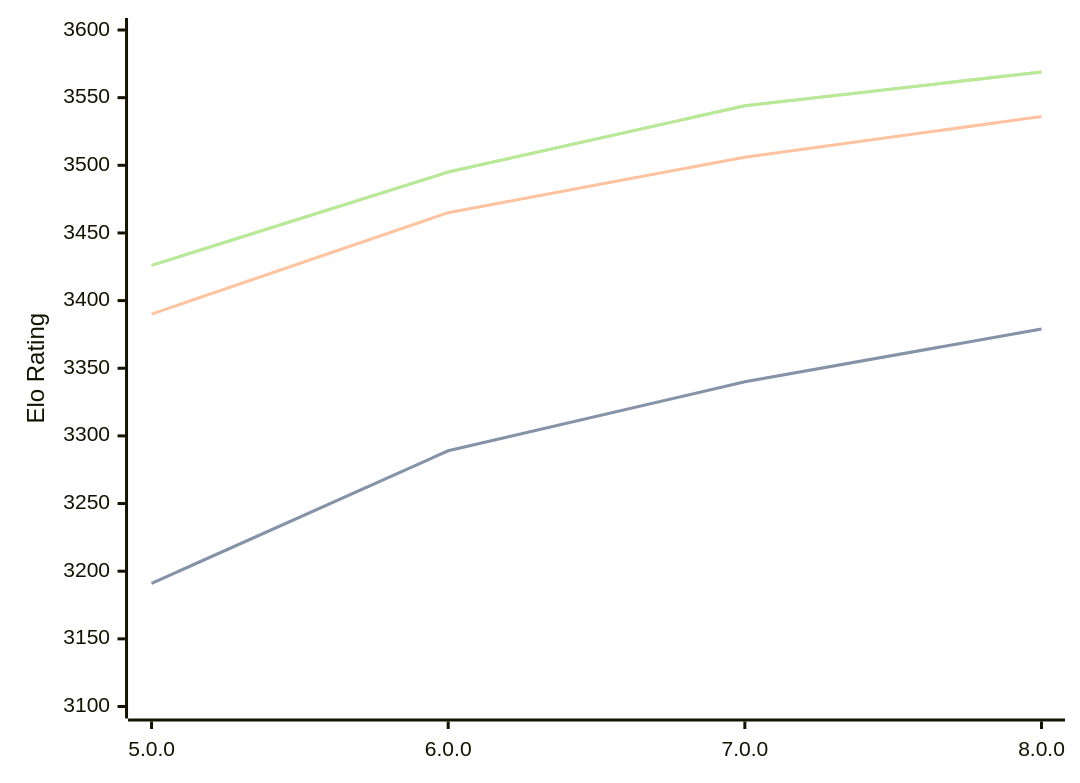
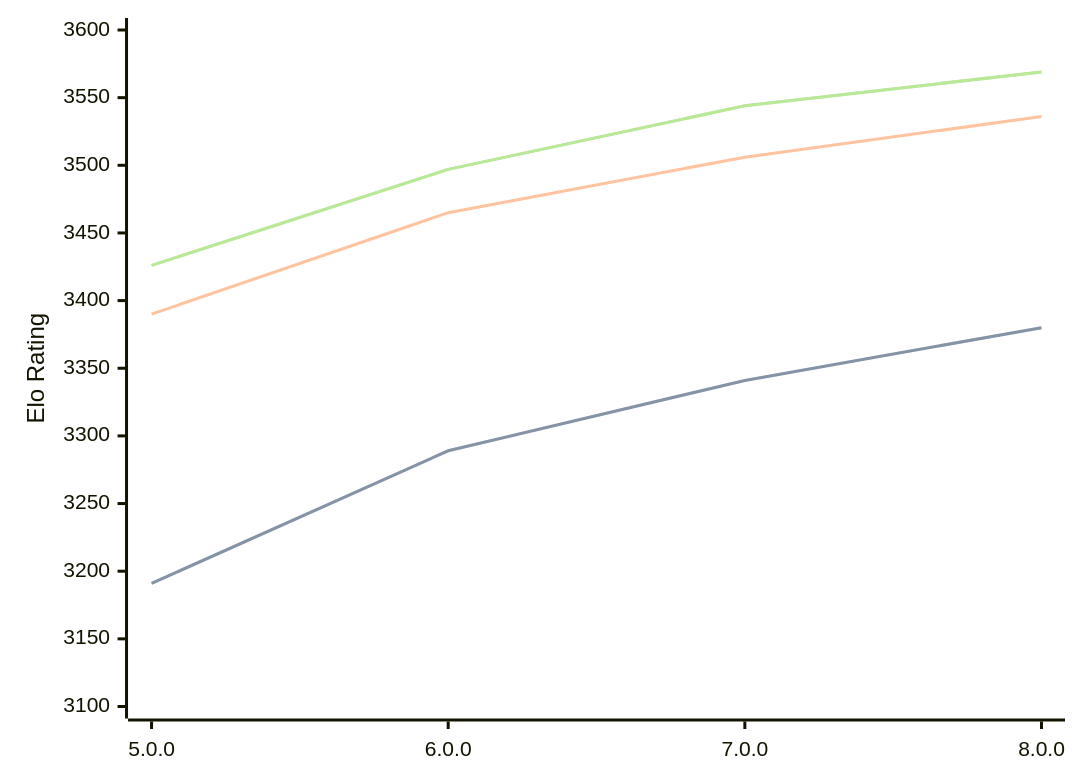
One commit to computer-chess-index/cci changed the diagram in engines/Stormphrax.md. Above: the diagram before and after it, drawn with Mermaid. The commit also changed other lines of this file, not shown here.

Commit message:
Update CCI Ratings (ELO VLTC) - 2026-08-01

````diff
--- a/engines/Stormphrax.md
+++ b/engines/Stormphrax.md
@@ -39,11 +39,11 @@
 ```mermaid
 %%{init: {"theme":"base","themeVariables":{"seriesColors:['#a3a3a3','#222221','#faa371']}}}%%
 xychart-beta
   x-axis ["5.0.0", "6.0.0", "7.0.0", "8.0.0"]
   y-axis "Elo Rating" 3100 --> 3600
-  line "STC (8.0+0.08s)" [3191, 3289, 3340, 3379]
-  line "STC (8.0+0.08s)" [3191, 3289, 3340, 3379]
+  line "STC (8.0+0.08s)" [3191, 3289, 3341, 3380]
+  line "STC (8.0+0.08s)" [3191, 3289, 3341, 3380]
   line "LTC (60.0+0.60s)" [3390, 3465, 3506, 3536]
-  line "VLTC (2m24s+1.12s)" [3426, 3495, 3544, 3569]
-  line "VLTC (2m24s+1.12s)" [3426, 3495, 3544, 3569]
+  line "VLTC (2m24s+1.12s)" [3426, 3497, 3544, 3569]
+  line "VLTC (2m24s+1.12s)" [3426, 3497, 3544, 3569]
 ```
````
